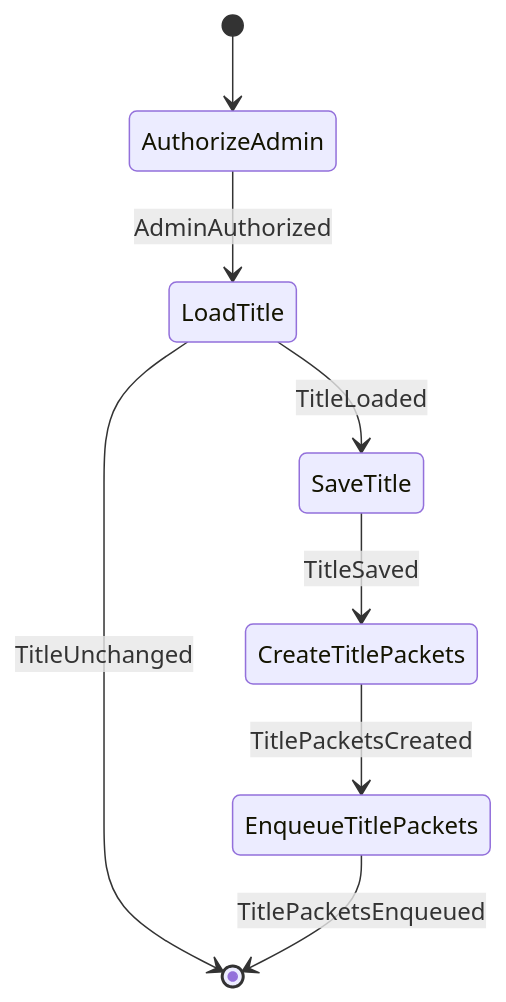
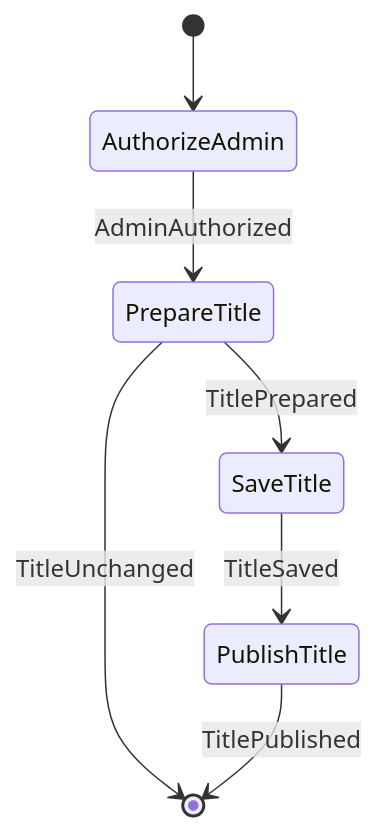
One commit to cbgm/Sparrow changed the eighth of 19 diagrams in docs/architecture/workflows/groupstate.md. Above: the diagram before and after it, drawn with Mermaid. The commit also changed other lines of this file and 377 other files, not shown here.

````diff
--- a/docs/architecture/workflows/groupstate.md
+++ b/docs/architecture/workflows/groupstate.md
@@ -185,10 +208,9 @@
 ```mermaid
 stateDiagram-v2
     [*] --> AuthorizeAdmin
-    AuthorizeAdmin --> LoadTitle : AdminAuthorized
-    LoadTitle --> SaveTitle : TitleLoaded
-    LoadTitle --> [*] : TitleUnchanged
-    SaveTitle --> CreateTitlePackets : TitleSaved
-    CreateTitlePackets --> EnqueueTitlePackets : TitlePacketsCreated
-    EnqueueTitlePackets --> [*] : TitlePacketsEnqueued
+    AuthorizeAdmin --> PrepareTitle : AdminAuthorized
+    PrepareTitle --> SaveTitle : TitlePrepared
+    PrepareTitle --> [*] : TitleUnchanged
+    SaveTitle --> PublishTitle : TitleSaved
+    PublishTitle --> [*] : TitlePublished
 ```
````
